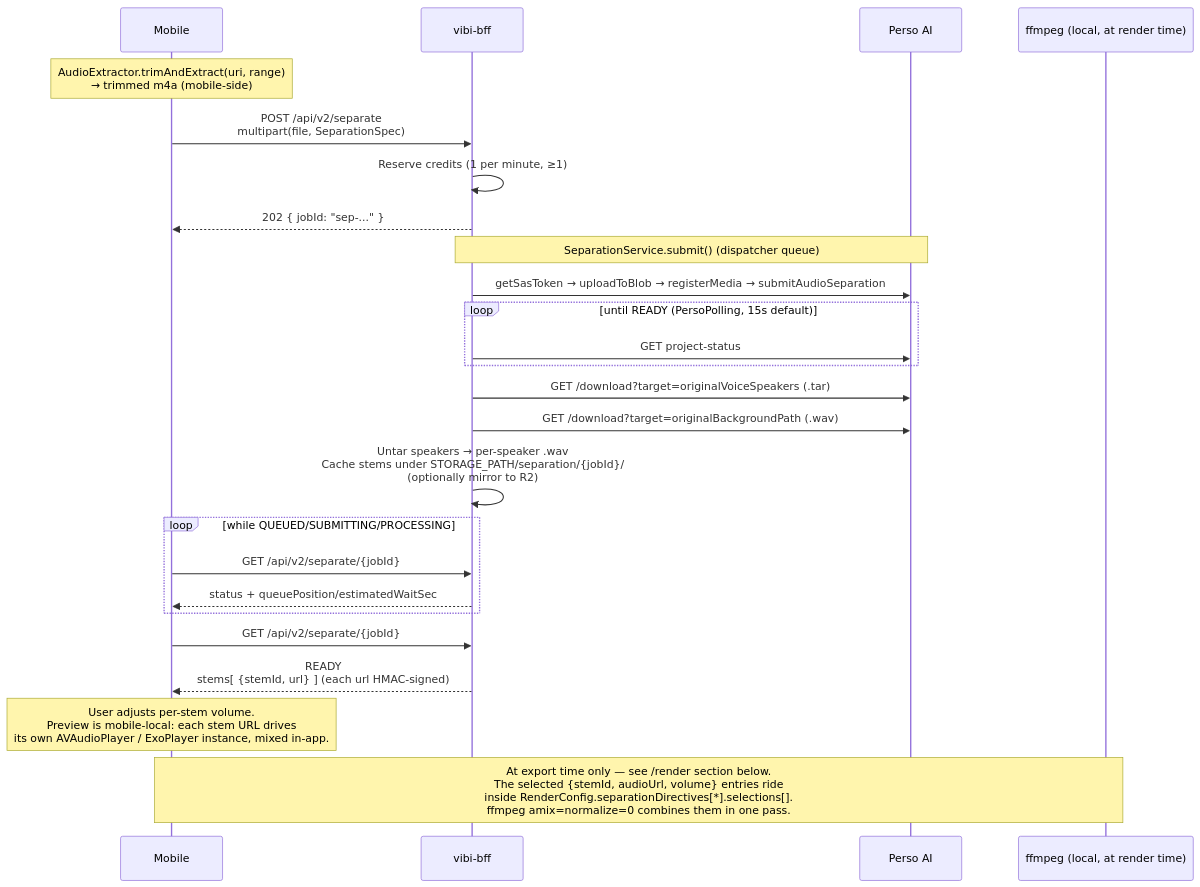
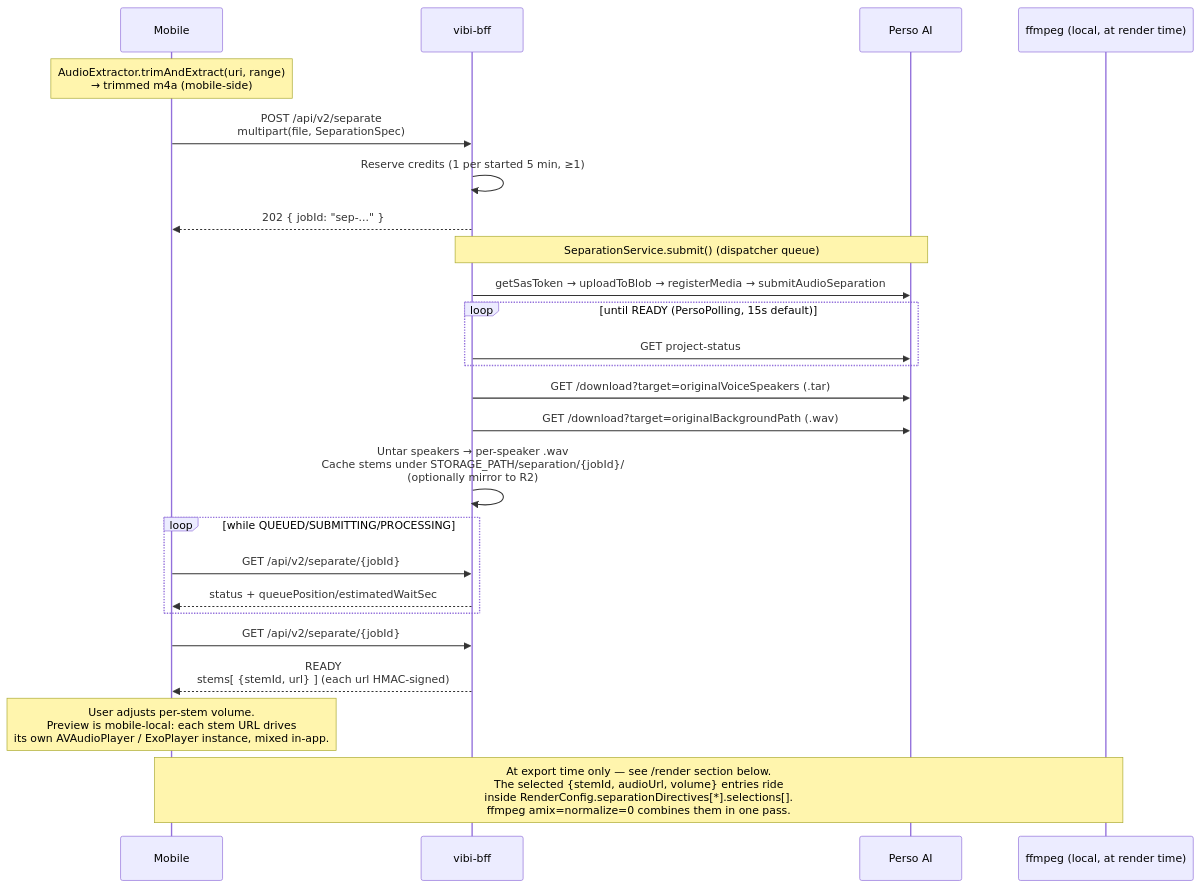
The first of 2 diagrams in docs/explanation/pipelines.md (perso-devrel/vibi-landing), drawn with Mermaid before and after one commit. The commit also changed 7 other files, not shown here.

````diff
--- a/docs/explanation/pipelines.md
+++ b/docs/explanation/pipelines.md
@@ -17,32 +17,32 @@
 ```mermaid
 sequenceDiagram
     participant M as Mobile
     participant B as vibi-bff
     participant P as Perso AI
     participant F as ffmpeg (local, at render time)
 
     Note over M: AudioExtractor.trimAndExtract(uri, range)<br/>→ trimmed m4a (mobile-side)
     M->>B: POST /api/v2/separate<br/>multipart(file, SeparationSpec)
-    B->>B: Reserve credits (1 per minute, ≥1)
+    B->>B: Reserve credits (1 per started 5 min, ≥1)
     B-->>M: 202 { jobId: "sep-..." }
 
     Note over B,P: SeparationService.submit() (dispatcher queue)
     B->>P: getSasToken → uploadToBlob → registerMedia → submitAudioSeparation
     loop until READY (PersoPolling, 15s default)
         B->>P: GET project-status
     end
     B->>P: GET /download?target=originalVoiceSpeakers (.tar)
     B->>P: GET /download?target=originalBackgroundPath (.wav)
     B->>B: Untar speakers → per-speaker .wav<br/>Cache stems under STORAGE_PATH/separation/{jobId}/<br/>(optionally mirror to R2)
 
     loop while QUEUED/SUBMITTING/PROCESSING
         M->>B: GET /api/v2/separate/{jobId}
         B-->>M: status + queuePosition/estimatedWaitSec
     end
     M->>B: GET /api/v2/separate/{jobId}
     B-->>M: READY<br/>stems[ {stemId, url} ] (each url HMAC-signed)
 
     Note over M: User adjusts per-stem volume.<br/>Preview is mobile-local: each stem URL drives<br/>its own AVAudioPlayer / ExoPlayer instance, mixed in-app.
 
     Note over M,F: At export time only — see /render section below.<br/>The selected {stemId, audioUrl, volume} entries ride<br/>inside RenderConfig.separationDirectives[*].selections[].<br/>ffmpeg amix=normalize=0 combines them in one pass.
 ```
````
